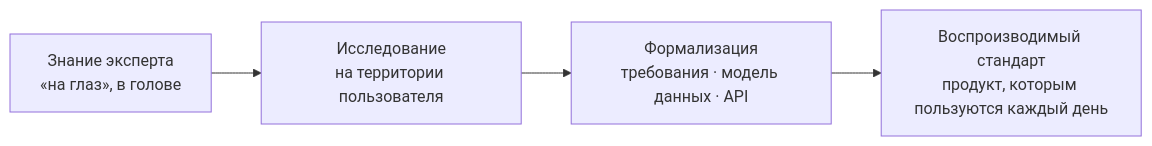
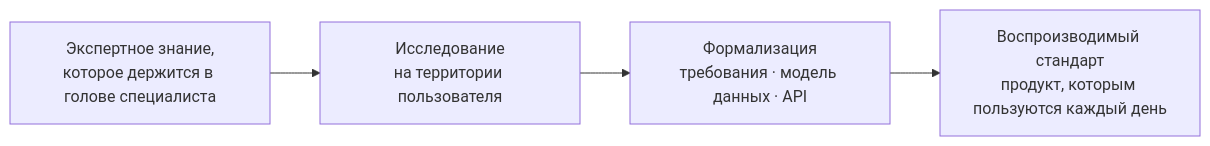
Before and after one commit to qpollig/qpollig: the diagram in README.md, drawn with Mermaid.

Commit message:
Update expert knowledge description in README

````diff
--- a/README.md
+++ b/README.md
@@ -7,6 +7,6 @@
 ```mermaid
 flowchart LR
-    A["Знание эксперта<br/>«на глаз», в голове"] --> B["Исследование<br/>на территории пользователя"]
+    A["Экспертное знание,<br/>которое держится в голове специалиста"] --> B["Исследование<br/>на территории пользователя"]
     B --> C["Формализация<br/>требования · модель данных · API"]
     C --> D["Воспроизводимый стандарт<br/>продукт, которым пользуются каждый день"]
 ```
````
